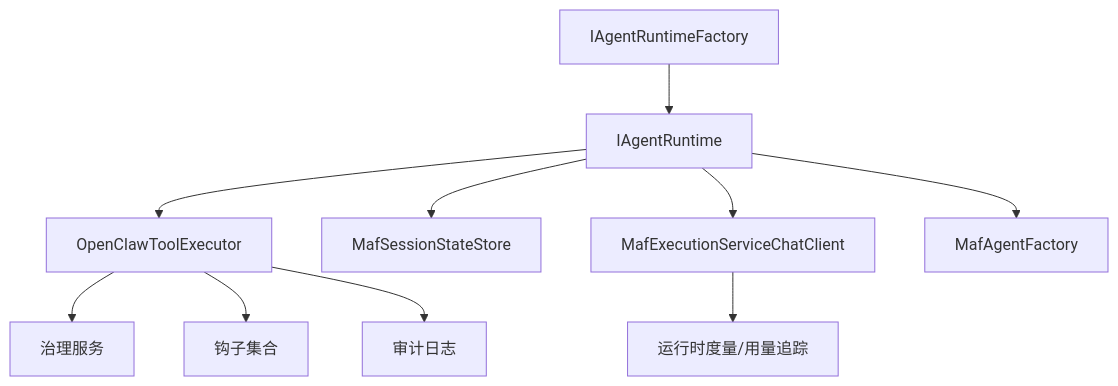
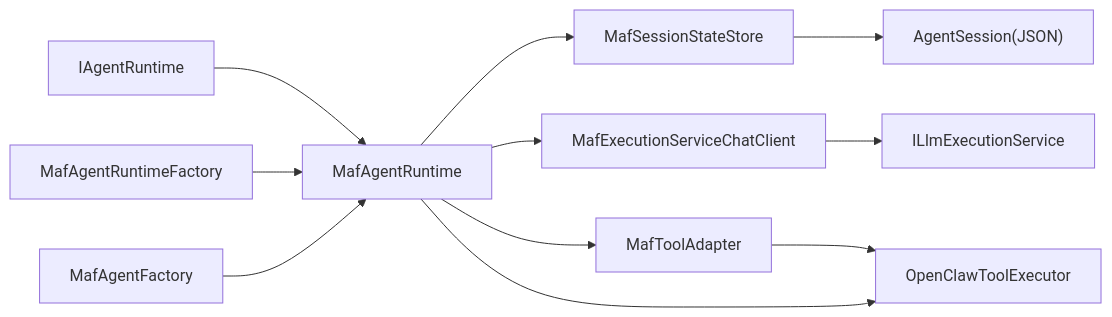
The sixth of 6 diagrams in .qoder/repowiki/zh/content/代理运行时/代理运行时.md (wayyet/kingcrab), drawn with Mermaid before and after one commit. The commit also changed other lines of this file and 431 other files, not shown here.

````diff
--- a/.qoder/repowiki/zh/content/代理运行时/代理运行时.md
+++ b/.qoder/repowiki/zh/content/代理运行时/代理运行时.md
@@ -361,12 +377,13 @@
 ```mermaid
-graph TB
-IFac["IAgentRuntimeFactory"] --> RT["IAgentRuntime"]
-RT --> EX["OpenClawToolExecutor"]
-RT --> SS["MafSessionStateStore"]
-RT --> CC["MafExecutionServiceChatClient"]
-RT --> AF["MafAgentFactory"]
-EX --> GOV["治理服务"]
-EX --> HOOK["钩子集合"]
-EX --> AUD["审计日志"]
-CC --> MET["运行时度量/用量追踪"]
+graph LR
+IAR["IAgentRuntime"] --> MAR["MafAgentRuntime"]
+MARF["MafAgentRuntimeFactory"] --> MAR
+MA["MafAgentFactory"] --> MAR
+MT["MafToolAdapter"] --> OTE["OpenClawToolExecutor"]
+CHAT["MafExecutionServiceChatClient"] --> Exec["ILlmExecutionService"]
+MSS["MafSessionStateStore"] --> AgentSession["AgentSession(JSON)"]
+MAR --> MSS
+MAR --> CHAT
+MAR --> MT
+MAR --> OTE
 ```
````
